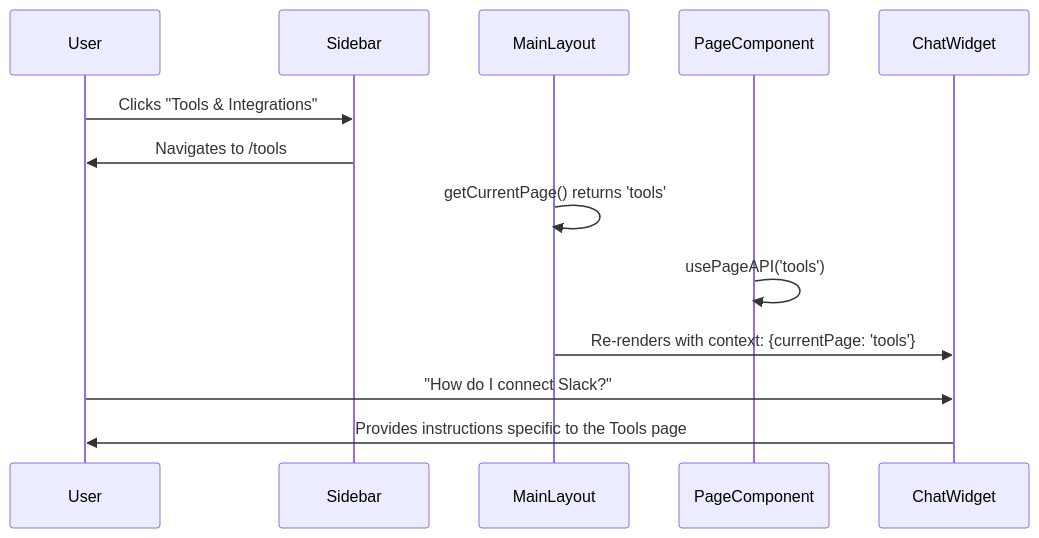
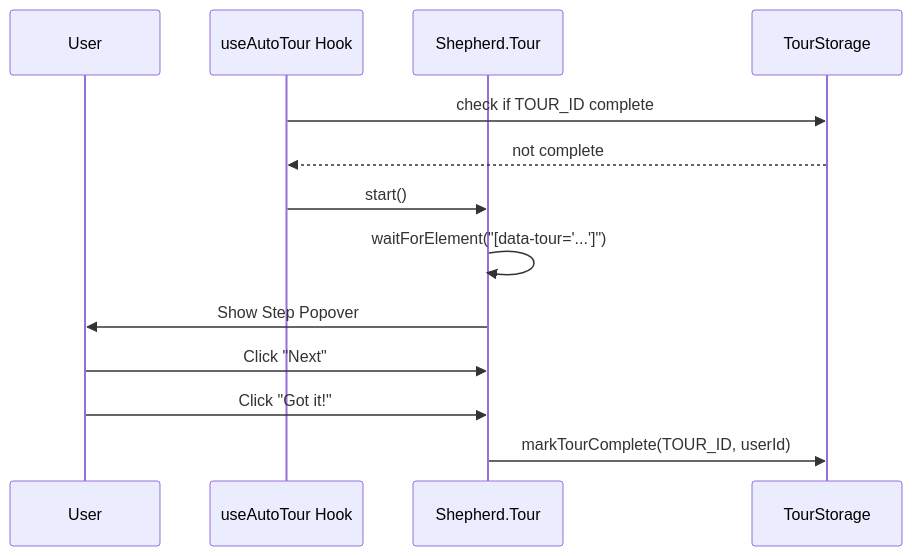
Before and after one commit to AutomatosAI/automatos-ai: the third of 3 diagrams in docs/frontend-architecture/navigation-layout.md, drawn with Mermaid. The commit also changed other lines of this file and 153 other files, not shown here.

````diff
--- a/docs/frontend-architecture/navigation-layout.md
+++ b/docs/frontend-architecture/navigation-layout.md
@@ -175,16 +165,16 @@
 ```mermaid
 sequenceDiagram
-    participant User
-    participant Sidebar
-    participant Layout as MainLayout
-    participant Page as PageComponent
-    participant Widget as ChatWidget
+    participant U as User
+    participant H as useAutoTour Hook
+    participant T as Shepherd.Tour
+    participant S as TourStorage
 
-    User->>Sidebar: Clicks "Tools & Integrations"
-    Sidebar->>User: Navigates to /tools
-    Layout->>Layout: getCurrentPage() returns 'tools'
-    Page->>Page: usePageAPI('tools')
-    Layout->>Widget: Re-renders with context: {currentPage: 'tools'}
-    User->>Widget: "How do I connect Slack?"
-    Widget->>User: Provides instructions specific to the Tools page
+    H->>S: check if TOUR_ID complete
+    S-->>H: not complete
+    H->>T: start()
+    T->>T: waitForElement("[data-tour='...']")
+    T->>U: Show Step Popover
+    U->>T: Click "Next"
+    U->>T: Click "Got it!"
+    T->>S: markTourComplete(TOUR_ID, userId)
 ```
````
